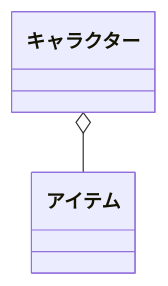
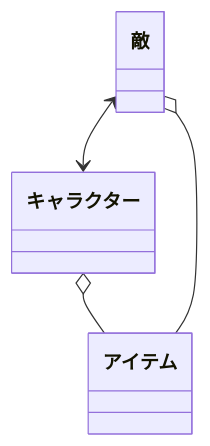
Before and after one commit to tpu-game-2023/mermaid_test: the third of 3 diagrams in README.md, drawn with Mermaid.

Commit message:
クラス図テスト

````diff
--- a/README.md
+++ b/README.md
@@ -66,4 +66,6 @@
 ```mermaid
 classDiagram
     キャラクター o-- アイテム
+    敵 o-- アイテム
+    敵　<--> キャラクター
 ```
````
